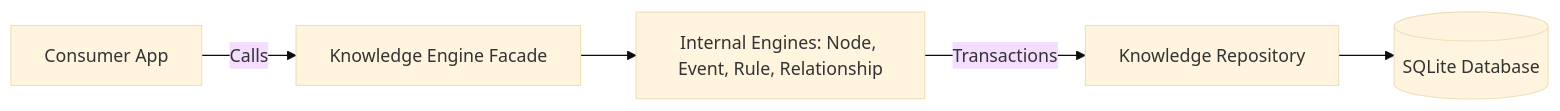
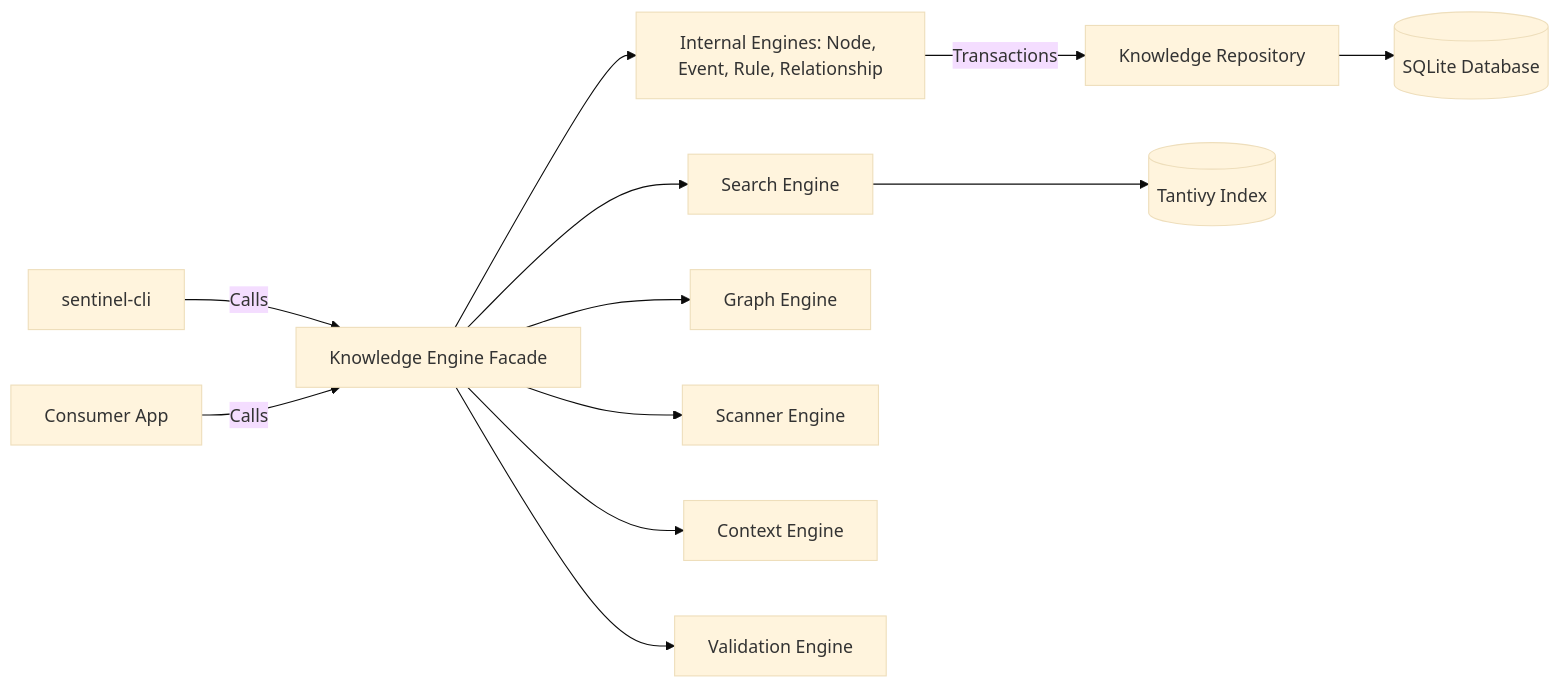
One commit to Chandann1905/sentinel-arc changed the diagram in README.md. Above: the diagram before and after it, drawn with Mermaid (base theme). The commit also changed other lines of this file and 15 other files, not shown here.

````diff
--- a/README.md
+++ b/README.md
@@ -64,7 +122,14 @@
 ```mermaid
 graph LR
-    A[Consumer App] -->|Calls| KE[Knowledge Engine Facade]
+    CLI[sentinel-cli] -->|Calls| KE[Knowledge Engine Facade]
+    A[Consumer App] -->|Calls| KE
     KE --> NE[Internal Engines: Node, Event, Rule, Relationship]
+    KE --> SE[Search Engine]
+    KE --> GE[Graph Engine]
+    KE --> SC[Scanner Engine]
+    KE --> CE[Context Engine]
+    KE --> VE[Validation Engine]
     NE -->|Transactions| KR[Knowledge Repository]
     KR --> DB[(SQLite Database)]
+    SE --> TI[(Tantivy Index)]
 ```
````
